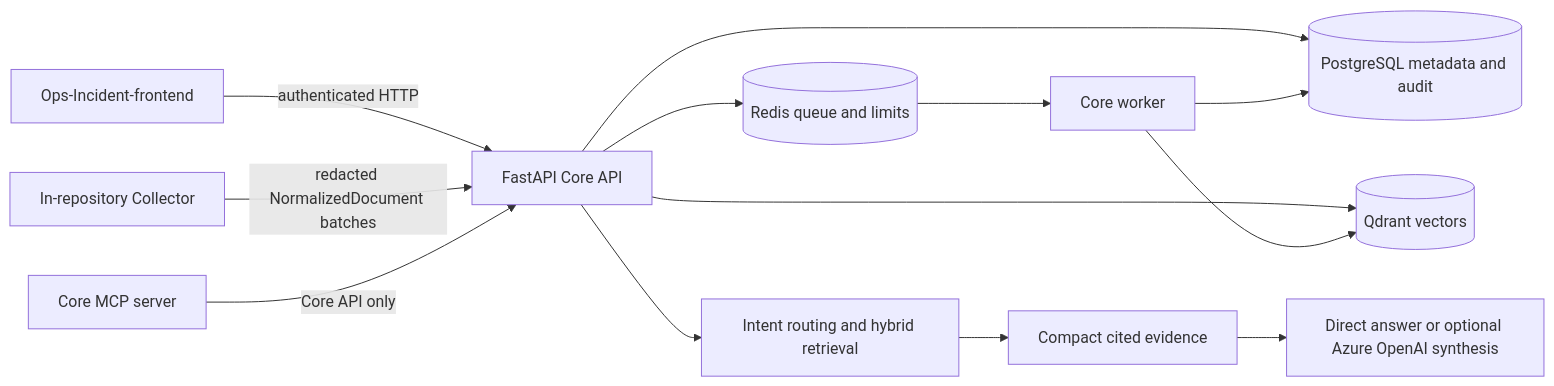
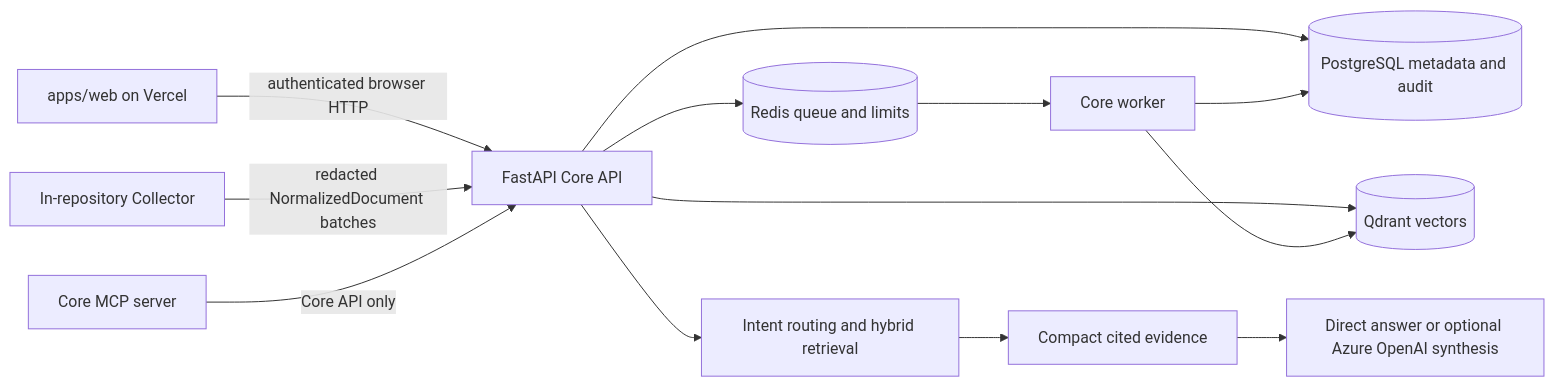
Before and after one commit to Auro-rium/Ops-Incident-Core: the diagram in README.md, drawn with Mermaid. The commit also changed other lines of this file and 17 other files, not shown here.

Commit message:
Add public Vercel Core console

```diff
--- a/README.md
+++ b/README.md
@@ -28,15 +28,15 @@
 ~~~mermaid
 flowchart LR
-  F[Ops-Incident-frontend] -->|authenticated HTTP| API[FastAPI Core API]
+  F[apps/web on Vercel] -->|authenticated browser HTTP| API[FastAPI Core API]
   C[In-repository Collector] -->|redacted NormalizedDocument batches| API
   API --> PG[(PostgreSQL metadata and audit)]
   API --> Q[(Qdrant vectors)]
   API --> R[(Redis queue and limits)]
   R --> W[Core worker]
   W --> PG
   W --> Q
   API --> RET[Intent routing and hybrid retrieval]
   RET --> E[Compact cited evidence]
   E --> A[Direct answer or optional Azure OpenAI synthesis]
   M[Core MCP server] -->|Core API only| API
 ~~~
```
